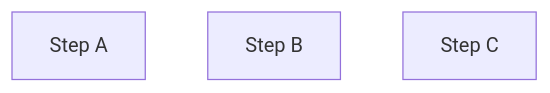
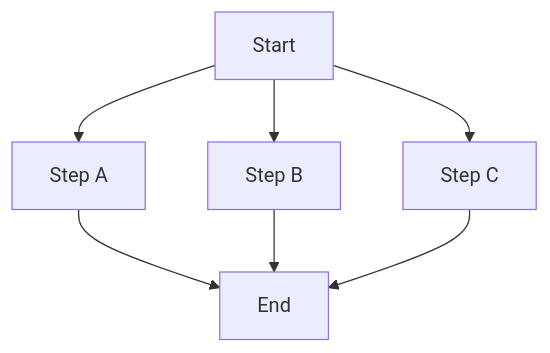
One commit to LittleLittleCloud/StepWise changed the second of 2 diagrams in docs/DeepDiveToStepWiseEngine.md. Above: the diagram before and after it, drawn with Mermaid.

````diff
--- a/docs/DeepDiveToStepWiseEngine.md
+++ b/docs/DeepDiveToStepWiseEngine.md
@@ -51,6 +51,13 @@
 ```mermaid
 graph TD
+    Start --> A[Step A]
+    Start --> B[Step B]
+    Start --> C[Step C]
     A[Step A]
     B[Step B]
     C[Step C]
+    End[End]
+    A --> End
+    B --> End
+    C --> End
 ```
````
